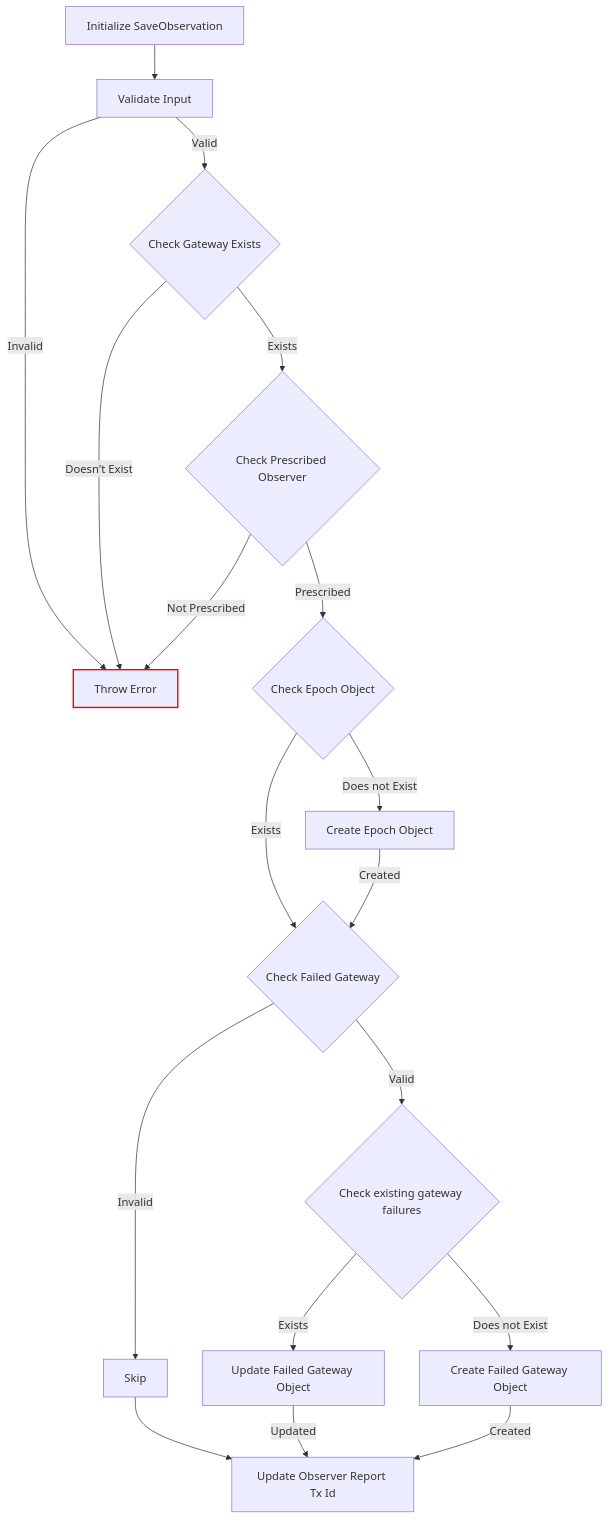
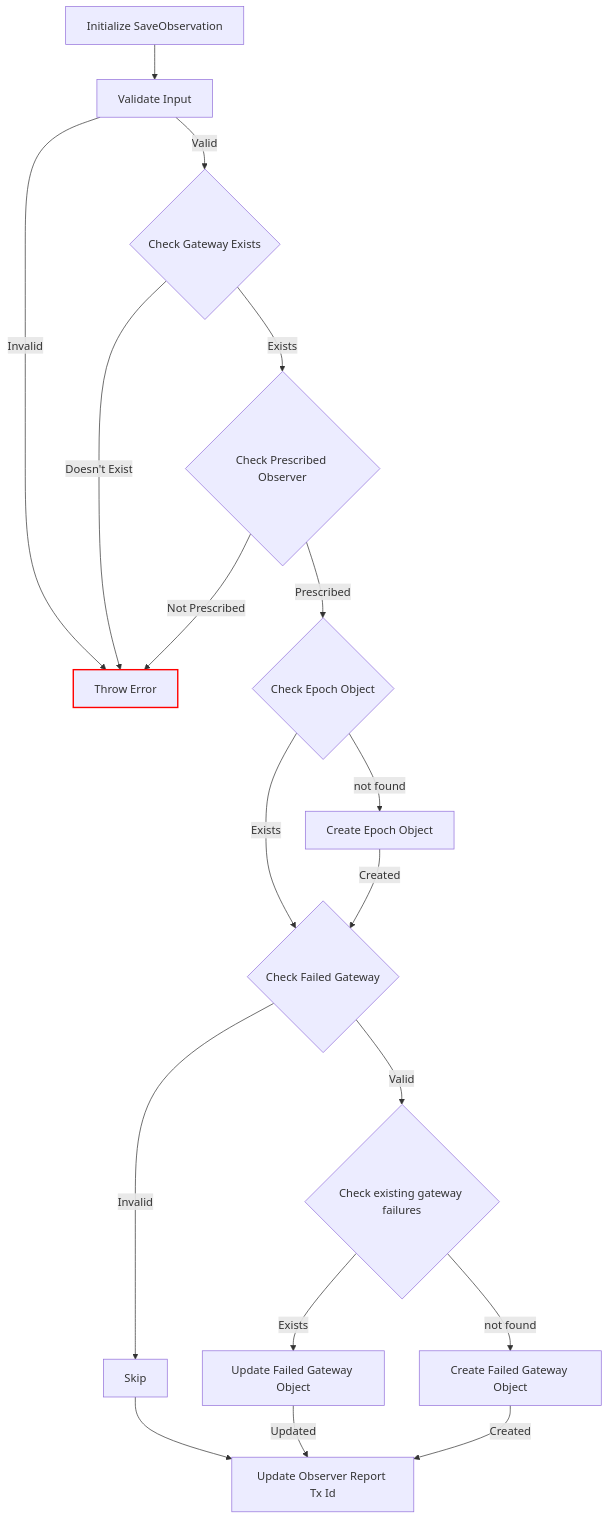
Before and after one commit to ar-io/ar-io-network-process: the diagram in docs/save_observations.md, drawn with Mermaid. The commit also changed 7 other files, not shown here.

````diff
--- a/docs/save_observations.md
+++ b/docs/save_observations.md
@@ -3,22 +3,22 @@
 ```mermaid
 graph TD
     classDef redBorder stroke:#ff0000,stroke-width:2px;
     Init[Initialize SaveObservation] --> Validate[Validate Input]
     Validate -- Valid --> CheckGateway{Check Gateway Exists}
     Validate -- Invalid --> Error[Throw ContractError]
     CheckGateway -- Exists --> CheckPrescribedObserver{Check Prescribed Observer}
     CheckGateway -- Doesn't Exist --> Error[Throw Error]
     CheckPrescribedObserver -- Prescribed --> CheckEpoch{Check Epoch Object}
     CheckPrescribedObserver -- Not Prescribed --> Error
-    CheckEpoch -- Does not Exist --> CreateEpoch[Create Epoch Object]
+    CheckEpoch -- not found --> CreateEpoch[Create Epoch Object]
     CheckEpoch -- Exists --> CheckFailedGateway{Check Failed Gateway}
     CreateEpoch -- Created --> CheckFailedGateway{Check Failed Gateway}
     CheckFailedGateway -- Valid --> ProcessFailedGateway{Check existing gateway failures}
     CheckFailedGateway -- Invalid --> Skip
     Skip --> UpdateObserverReportTxId[Update Observer Report Tx Id]
-    ProcessFailedGateway -- Does not Exist --> CreateFailedGateway[Create Failed Gateway Object]
+    ProcessFailedGateway -- not found --> CreateFailedGateway[Create Failed Gateway Object]
     ProcessFailedGateway -- Exists --> UpdateFailedGateway[Update Failed Gateway Object]
     UpdateFailedGateway -- Updated --> UpdateObserverReportTxId[Update Observer Report Tx Id]
     CreateFailedGateway -- Created --> UpdateObserverReportTxId[Update Observer Report Tx Id]
     class Error redBorder
 ```
````
